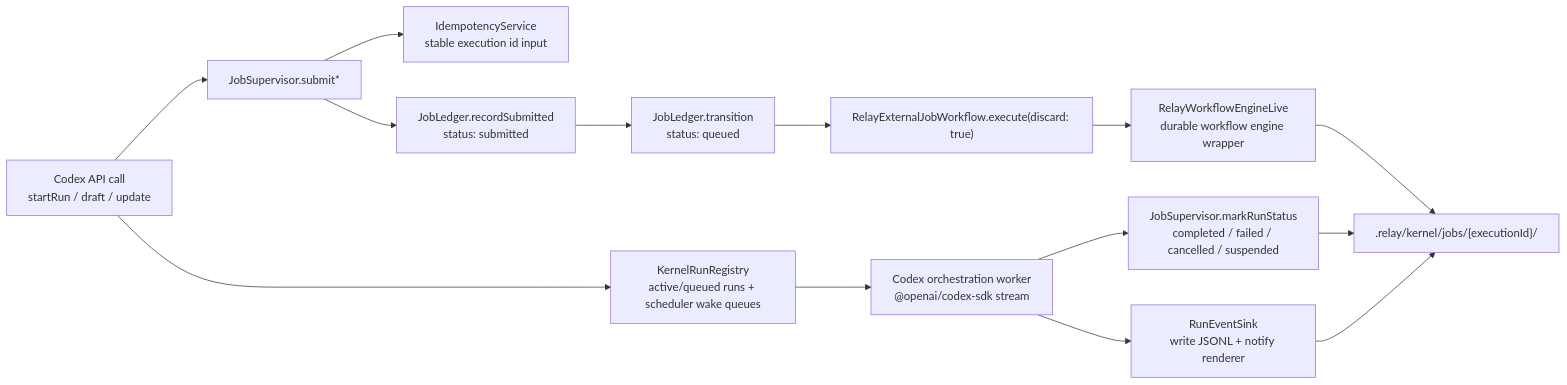
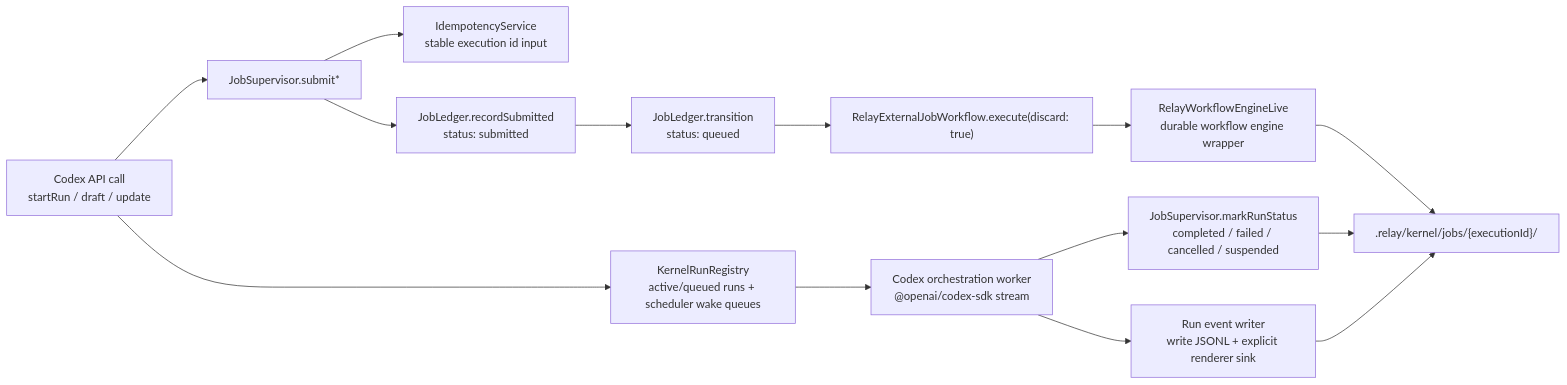
One commit to robertpitt/codex-relay changed the fourth of 4 diagrams in docs/effect-layered-architecture.md. Above: the diagram before and after it, drawn with Mermaid. The commit also changed other lines of this file and 161 other files, not shown here.

````diff
--- a/docs/effect-layered-architecture.md
+++ b/docs/effect-layered-architecture.md
@@ -142,27 +209,27 @@
 ```mermaid
 flowchart LR
   CodexApi["Codex API call<br/>startRun / draft / update"]
   Submit["JobSupervisor.submit*"]
   IdKey["IdempotencyService<br/>stable execution id input"]
   LedgerSubmitted["JobLedger.recordSubmitted<br/>status: submitted"]
   LedgerQueued["JobLedger.transition<br/>status: queued"]
   Workflow["RelayExternalJobWorkflow.execute(discard: true)"]
   Engine["RelayWorkflowEngineLive<br/>durable workflow engine wrapper"]
   Registry["KernelRunRegistry<br/>active/queued runs + scheduler wake queues"]
   CodexWorker["Codex orchestration worker<br/>@openai/codex-sdk stream"]
-  Events["RunEventSink<br/>write JSONL + notify renderer"]
+  Events["Run event writer<br/>write JSONL + explicit renderer sink"]
   Terminal["JobSupervisor.markRunStatus<br/>completed / failed / cancelled / suspended"]
   Store[".relay/kernel/jobs/{executionId}/"]
 
   CodexApi --> Submit
   Submit --> IdKey
   Submit --> LedgerSubmitted --> LedgerQueued --> Workflow
   Workflow --> Engine
   Engine --> Store
   CodexApi --> Registry
   Registry --> CodexWorker
   CodexWorker --> Events
   CodexWorker --> Terminal
   Terminal --> Store
   Events --> Store
 ```
````
